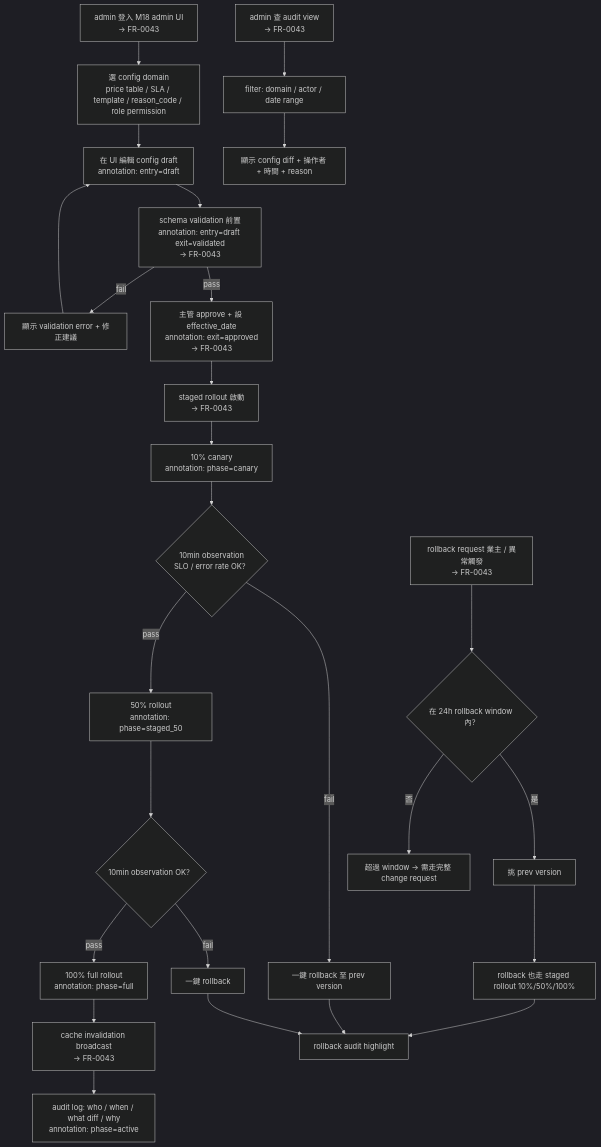
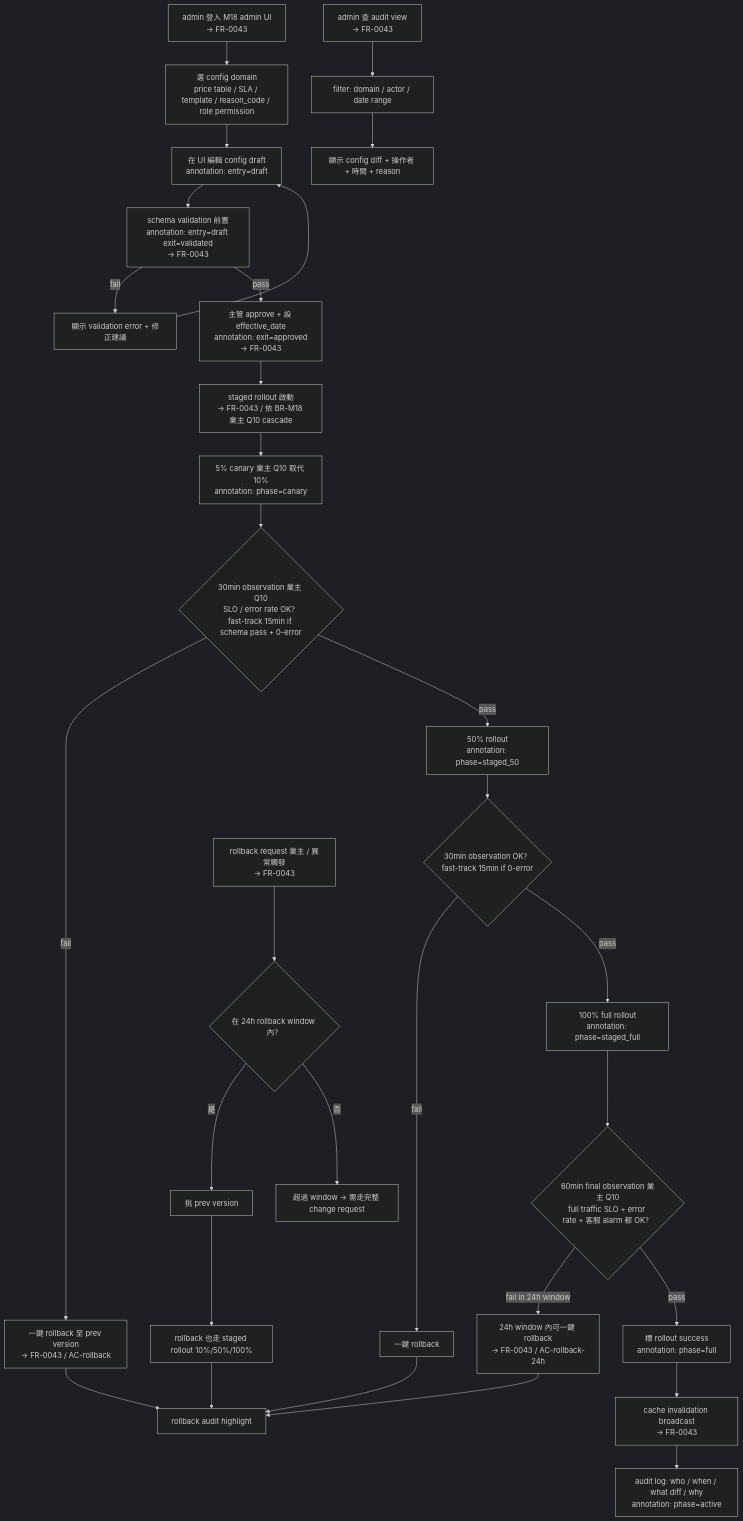
One commit to Zenobia000/chatlock_dev_docs changed the fifth of 5 diagrams in docs/ux/user-flow-smart-lock-saas.md. Above: the diagram before and after it, drawn with Mermaid (dark theme). The commit also changed other lines of this file, not shown here.

First line of the commit message:
docs(ux): user flow v3 — apply P0 cancellation v2 + chatbot + M18 cascade

````diff
--- a/docs/ux/user-flow-smart-lock-saas.md
+++ b/docs/ux/user-flow-smart-lock-saas.md
@@ -376,31 +392,35 @@
 ```mermaid
 flowchart TD
     Login[admin 登入 M18 admin UI<br/>→ FR-0043] --> Pick[選 config domain<br/>price table / SLA / template / reason_code / role permission]
     Pick --> Edit[在 UI 編輯 config draft<br/>annotation: entry=draft]
     Edit --> Validate[schema validation 前置<br/>annotation: entry=draft exit=validated<br/>→ FR-0043]
     Validate -->|fail| EditErr[顯示 validation error + 修正建議]
     EditErr --> Edit
     Validate -->|pass| Approve[主管 approve + 設 effective_date<br/>annotation: exit=approved<br/>→ FR-0043]
-    Approve --> StagedRollout[staged rollout 啟動<br/>→ FR-0043]
-    StagedRollout --> Canary[10% canary<br/>annotation: phase=canary]
-    Canary --> Observe1{10min observation<br/>SLO / error rate OK？}
-    Observe1 -->|fail| Rollback1[一鍵 rollback 至 prev version]
+    Approve --> StagedRollout[staged rollout 啟動<br/>→ FR-0043 / 依 BR-M18 業主 Q10 cascade]
+    StagedRollout --> Canary[5% canary 業主 Q10 取代 10%<br/>annotation: phase=canary]
+    Canary --> Observe1{30min observation 業主 Q10<br/>SLO / error rate OK？<br/>fast-track 15min if schema pass + 0-error}
+    Observe1 -->|fail| Rollback1[一鍵 rollback 至 prev version<br/>→ FR-0043 / AC-rollback]
     Observe1 -->|pass| Stage50[50% rollout<br/>annotation: phase=staged_50]
-    Stage50 --> Observe2{10min observation OK？}
+    Stage50 --> Observe2{30min observation OK？<br/>fast-track 15min if 0-error}
     Observe2 -->|fail| Rollback2[一鍵 rollback]
-    Observe2 -->|pass| Stage100[100% full rollout<br/>annotation: phase=full]
-    Stage100 --> CacheInvalidate[cache invalidation broadcast<br/>→ FR-0043]
+    Observe2 -->|pass| Stage100[100% full rollout<br/>annotation: phase=staged_full]
+    Stage100 --> FinalObserve{60min final observation 業主 Q10<br/>full traffic SLO + error rate + 客服 alarm 都 OK？}
+    FinalObserve -->|fail in 24h window| Rollback3[24h window 內可一鍵 rollback<br/>→ FR-0043 / AC-rollback-24h]
+    FinalObserve -->|pass| MarkSuccess[標 rollout success<br/>annotation: phase=full]
+    MarkSuccess --> CacheInvalidate[cache invalidation broadcast<br/>→ FR-0043]
     CacheInvalidate --> AuditEntry[audit log: who / when / what diff / why<br/>annotation: phase=active]
+    Rollback3 --> RollbackAudit
 
     AuditView[admin 查 audit view<br/>→ FR-0043] --> FilterByDomain[filter: domain / actor / date range]
     FilterByDomain --> DiffView[顯示 config diff + 操作者 + 時間 + reason]
 
     RollbackReq[rollback request 業主 / 異常觸發<br/>→ FR-0043] --> RollbackWindowCheck{在 24h rollback window 內？}
     RollbackWindowCheck -->|是| RollbackPick[挑 prev version]
     RollbackWindowCheck -->|否| RollbackBlock[超過 window → 需走完整 change request]
     RollbackPick --> RollbackStaged[rollback 也走 staged rollout 10%/50%/100%]
     RollbackStaged --> RollbackAudit[rollback audit highlight]
 
     Rollback1 --> RollbackAudit
     Rollback2 --> RollbackAudit
 ```
````
